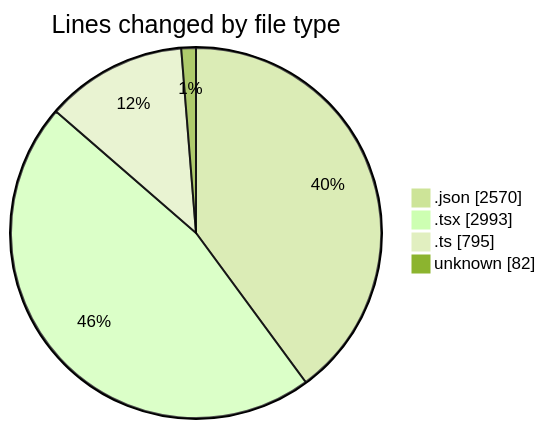
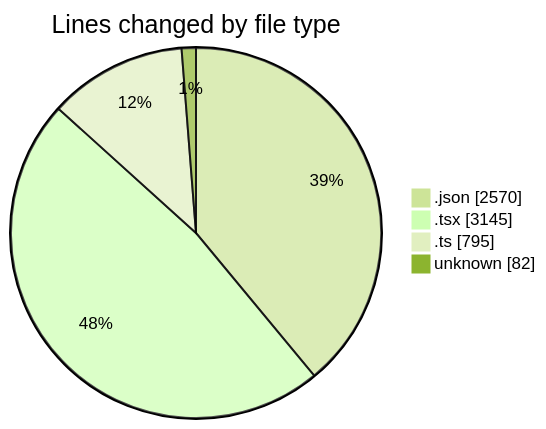
Before and after one commit to julien-gomy/code-tracking: the first of 2 diagrams in 2025-10-29/eventscop-frontend-guide__workspace_/README.md, drawn with Mermaid (forest theme). The commit also changed other lines of this file and 1 other file, not shown here.

````diff
--- a/2025-10-29/eventscop-frontend-guide__workspace_/README.md
+++ b/2025-10-29/eventscop-frontend-guide__workspace_/README.md
@@ -55,8 +56,8 @@
 ```mermaid
 pie showData
 title Lines changed by file type
 ".json" : 2570
-".tsx" : 2993
+".tsx" : 3145
 ".ts" : 795
 "unknown" : 82
 ```
````
